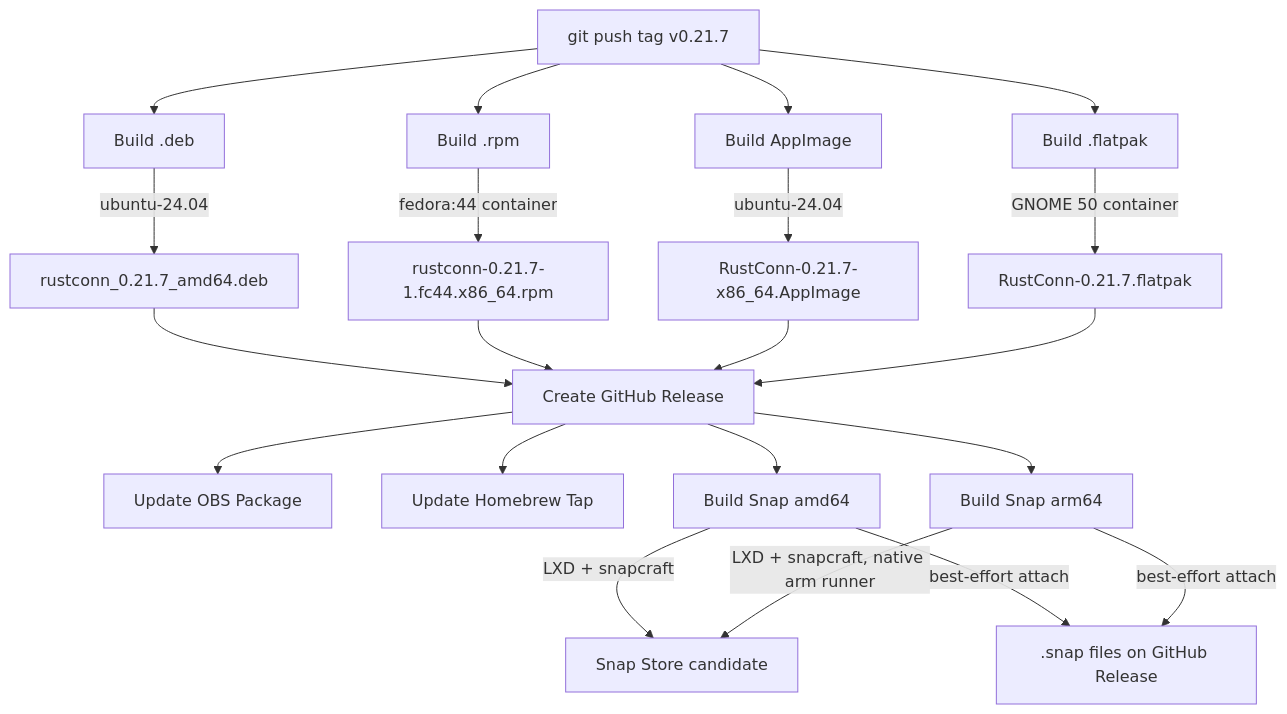
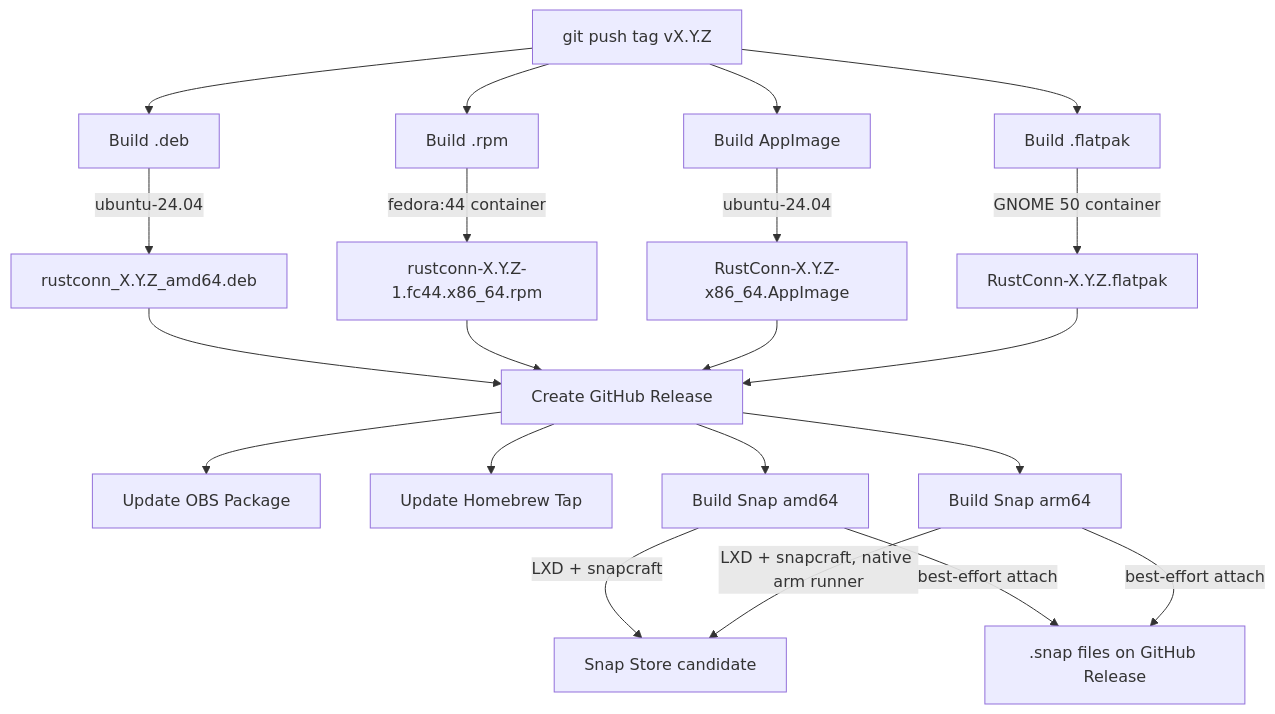
Before and after one commit to totoshko88/RustConn: the third of 6 diagrams in docs/CI_BUILD_FLOW.md, drawn with Mermaid. The commit also changed other lines of this file and 4 other files, not shown here.

````diff
--- a/docs/CI_BUILD_FLOW.md
+++ b/docs/CI_BUILD_FLOW.md
@@ -67,26 +67,26 @@
 ```mermaid
 graph TD
-    Tag[git push tag v0.21.7] --> BuildDeb[Build .deb]
+    Tag[git push tag vX.Y.Z] --> BuildDeb[Build .deb]
     Tag --> BuildRPM[Build .rpm]
     Tag --> BuildAppImage[Build AppImage]
     Tag --> BuildFlatpak[Build .flatpak]
 
-    BuildDeb --> |ubuntu-24.04| DebArtifact[rustconn_0.21.7_amd64.deb]
-    BuildRPM --> |fedora:44 container| RPMArtifact[rustconn-0.21.7-1.fc44.x86_64.rpm]
-    BuildAppImage --> |ubuntu-24.04| AppImageArtifact[RustConn-0.21.7-x86_64.AppImage]
-    BuildFlatpak --> |GNOME 50 container| FlatpakArtifact[RustConn-0.21.7.flatpak]
+    BuildDeb --> |ubuntu-24.04| DebArtifact[rustconn_X.Y.Z_amd64.deb]
+    BuildRPM --> |fedora:44 container| RPMArtifact[rustconn-X.Y.Z-1.fc44.x86_64.rpm]
+    BuildAppImage --> |ubuntu-24.04| AppImageArtifact[RustConn-X.Y.Z-x86_64.AppImage]
+    BuildFlatpak --> |GNOME 50 container| FlatpakArtifact[RustConn-X.Y.Z.flatpak]
 
     DebArtifact --> Release[Create GitHub Release]
     RPMArtifact --> Release
     AppImageArtifact --> Release
     FlatpakArtifact --> Release
 
     Release --> UpdateOBS[Update OBS Package]
     Release --> Brew[Update Homebrew Tap]
     Release --> SnapAmd64[Build Snap amd64]
     Release --> SnapArm64[Build Snap arm64]
     SnapAmd64 --> |LXD + snapcraft| SnapStore[Snap Store candidate]
     SnapArm64 --> |LXD + snapcraft, native arm runner| SnapStore
     SnapAmd64 --> |best-effort attach| SnapAsset[.snap files on GitHub Release]
     SnapArm64 --> |best-effort attach| SnapAsset
 ```
````
